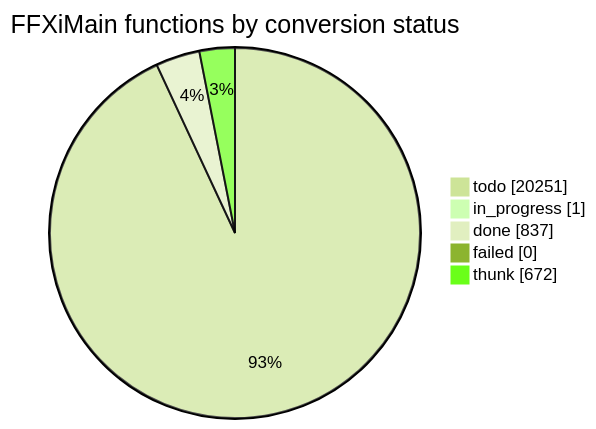
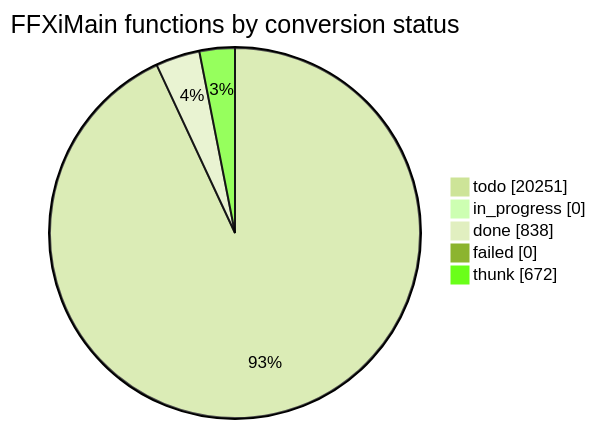
Before and after one commit to cowrevenge/cow_kuluu_xi_anything: the diagram in docs/cow/STATUS.md, drawn with Mermaid (forest theme). The commit also changed other lines of this file and 8 other files, not shown here.

````diff
--- a/docs/cow/STATUS.md
+++ b/docs/cow/STATUS.md
@@ -18,9 +18,9 @@
 ```mermaid
 pie showData
     title FFXiMain functions by conversion status
     "todo" : 20251
-    "in_progress" : 1
-    "done" : 837
+    "in_progress" : 0
+    "done" : 838
     "failed" : 0
     "thunk" : 672
 ```
````
